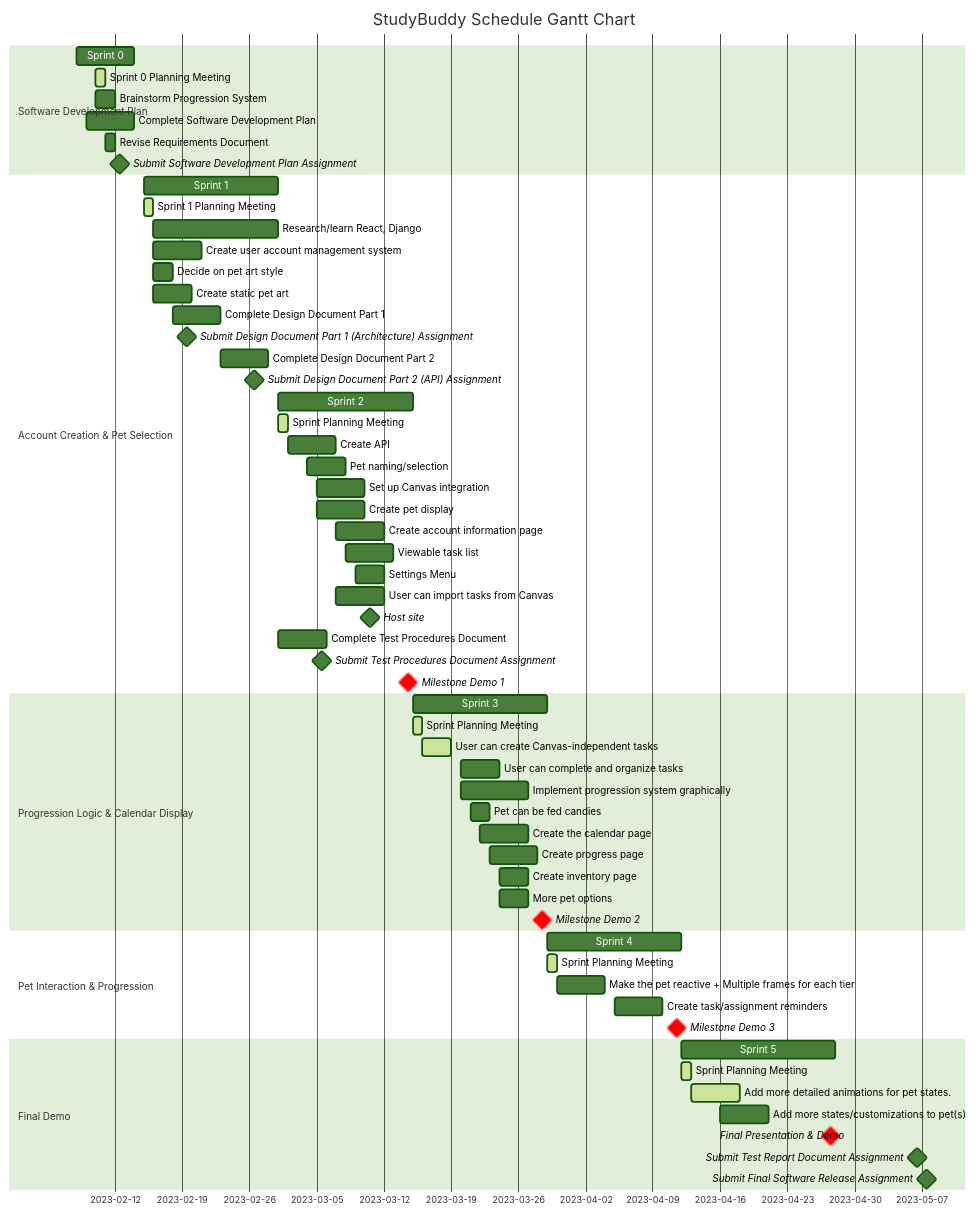
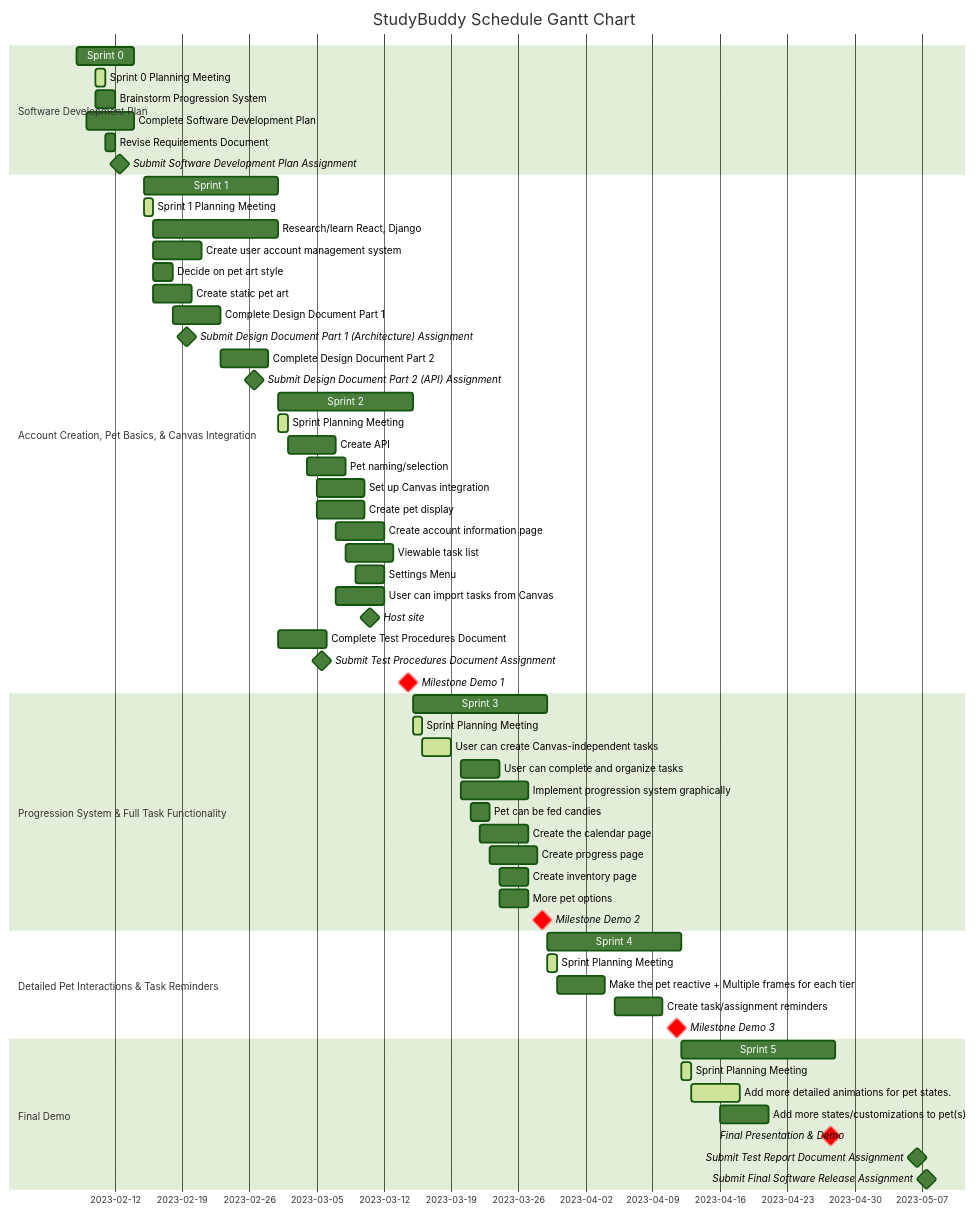
Before and after one commit to Capstone-Projects-2023-Spring/project-virtual-pet: the diagram in documentation/docs/development-plan/schedule.md, drawn with Mermaid (forest theme). The commit also changed other lines of this file, not shown here.

Commit message:
Updated milestone demo goals

```diff
--- a/documentation/docs/development-plan/schedule.md
+++ b/documentation/docs/development-plan/schedule.md
@@ -24,90 +24,90 @@
         section Software Development Plan
         Submit Software Development Plan Assignment: milestone, 2023-02-12, 1d
 
-        section Account Creation & Pet Selection
+        section Account Creation, Pet Basics, & Canvas Integration
         Sprint 1: , 2023-02-15, 2w
-        section Account Creation & Pet Selection
+        section Account Creation, Pet Basics, & Canvas Integration
         Sprint 1 Planning Meeting: active, 2023-02-15, 1d
-        section Account Creation & Pet Selection
+        section Account Creation, Pet Basics, & Canvas Integration
         Research/learn React, Django:  , 2023-02-16, 13d
-        section Account Creation & Pet Selection
+        section Account Creation, Pet Basics, & Canvas Integration
         Create user account management system:  , 2023-02-16, 5d
-        section Account Creation & Pet Selection
+        section Account Creation, Pet Basics, & Canvas Integration
         Decide on pet art style:  , 2023-02-16, 2d
-        section Account Creation & Pet Selection
+        section Account Creation, Pet Basics, & Canvas Integration
         Create static pet art:  , 2023-02-16, 4d
-        section Account Creation & Pet Selection
+        section Account Creation, Pet Basics, & Canvas Integration
         Complete Design Document Part 1:  , 2023-02-18, 5d
-        section Account Creation & Pet Selection
+        section Account Creation, Pet Basics, & Canvas Integration
         Submit Design Document Part 1 (Architecture) Assignment: milestone, , 2023-02-19, 1d
-        section Account Creation & Pet Selection
+        section Account Creation, Pet Basics, & Canvas Integration
         Complete Design Document Part 2:  , 2023-02-23, 5d
-        section Account Creation & Pet Selection
+        section Account Creation, Pet Basics, & Canvas Integration
         Submit Design Document Part 2 (API) Assignment: milestone, , 2023-02-26, 1d
 
         
-        section Account Creation & Pet Selection
+        section Account Creation, Pet Basics, & Canvas Integration
         Sprint 2: , 2023-03-01, 2w
-        section Account Creation & Pet Selection
+        section Account Creation, Pet Basics, & Canvas Integration
         Sprint Planning Meeting: active, 2023-03-01, 1d
-        section Account Creation & Pet Selection
+        section Account Creation, Pet Basics, & Canvas Integration
         Create API: , 2023-03-02, 5d
-        section Account Creation & Pet Selection
+        section Account Creation, Pet Basics, & Canvas Integration
         Pet naming/selection: , 2023-03-04, 4d
-        section Account Creation & Pet Selection
+        section Account Creation, Pet Basics, & Canvas Integration
         Set up Canvas integration: , 2023-03-05, 5d
-        section Account Creation & Pet Selection
+        section Account Creation, Pet Basics, & Canvas Integration
         Create pet display : , 2023-03-05, 5d
-        section Account Creation & Pet Selection
+        section Account Creation, Pet Basics, & Canvas Integration
         Create account information page : , 2023-03-07, 5d
-        section Account Creation & Pet Selection
+        section Account Creation, Pet Basics, & Canvas Integration
         Viewable task list : , 2023-03-08, 5d
-        section Account Creation & Pet Selection
+        section Account Creation, Pet Basics, & Canvas Integration
         Settings Menu : , 2023-03-09, 3d
-        section Account Creation & Pet Selection
+        section Account Creation, Pet Basics, & Canvas Integration
         User can import tasks from Canvas: , 2023-03-07, 5d
-        section Account Creation & Pet Selection
+        section Account Creation, Pet Basics, & Canvas Integration
         Host site: milestone, , 2023-03-09, 3d
-        section Account Creation & Pet Selection
+        section Account Creation, Pet Basics, & Canvas Integration
         Complete Test Procedures Document: , 2023-03-01, 5d
-        section Account Creation & Pet Selection
+        section Account Creation, Pet Basics, & Canvas Integration
         Submit Test Procedures Document Assignment: milestone, , 2023-03-05, 1d
-        section Account Creation & Pet Selection
+        section Account Creation, Pet Basics, & Canvas Integration
         Milestone Demo 1 :crit, milestone,  , 2023-03-14, 1d
 
-        section Progression Logic & Calendar Display
+        section Progression System & Full Task Functionality
         Sprint 3: , 2023-03-15, 2w
-        section Progression Logic & Calendar Display
+        section Progression System & Full Task Functionality
         Sprint Planning Meeting: active , 2023-03-15, 1d
-        section Progression Logic & Calendar Display
+        section Progression System & Full Task Functionality
         User can create Canvas-independent tasks: active , 2023-03-16, 3d
-        section Progression Logic & Calendar Display
+        section Progression System & Full Task Functionality
         User can complete and organize tasks: , 2023-03-20, 4d
-        section Progression Logic & Calendar Display
+        section Progression System & Full Task Functionality
         Implement progression system graphically: , 2023-03-20, 1w
-        section Progression Logic & Calendar Display
+        section Progression System & Full Task Functionality
         Pet can be fed candies: , 2023-03-21, 2d
-        section Progression Logic & Calendar Display
+        section Progression System & Full Task Functionality
         Create the calendar page: , 2023-03-22, 5d
-        section Progression Logic & Calendar Display
+        section Progression System & Full Task Functionality
         Create progress page: , 2023-03-23, 5d
-        section Progression Logic & Calendar Display
+        section Progression System & Full Task Functionality
         Create inventory page: , 2023-03-24, 3d
-        section Progression Logic & Calendar Display
+        section Progression System & Full Task Functionality
         More pet options: , 2023-03-24, 3d
-        section Progression Logic & Calendar Display
+        section Progression System & Full Task Functionality
         Milestone Demo 2 :crit, milestone,  , 2023-03-28, 1d
 
         
-        section Pet Interaction & Progression
+        section Detailed Pet Interactions & Task Reminders
         Sprint 4: , 2023-03-29, 2w
-        section Pet Interaction & Progression
+        section Detailed Pet Interactions & Task Reminders
         Sprint Planning Meeting: active , 2023-03-29, 1d
-        section Pet Interaction & Progression
+        section Detailed Pet Interactions & Task Reminders
         Make the pet reactive + Multiple frames for each tier: , 2023-03-30, 5d
-        section Pet Interaction & Progression
+        section Detailed Pet Interactions & Task Reminders
         Create task/assignment reminders: , 2023-04-05, 5d
-        section Pet Interaction & Progression
+        section Detailed Pet Interactions & Task Reminders
         Milestone Demo 3 :crit, milestone,  , 2023-04-11, 1d
 
         section Final Demo
```
